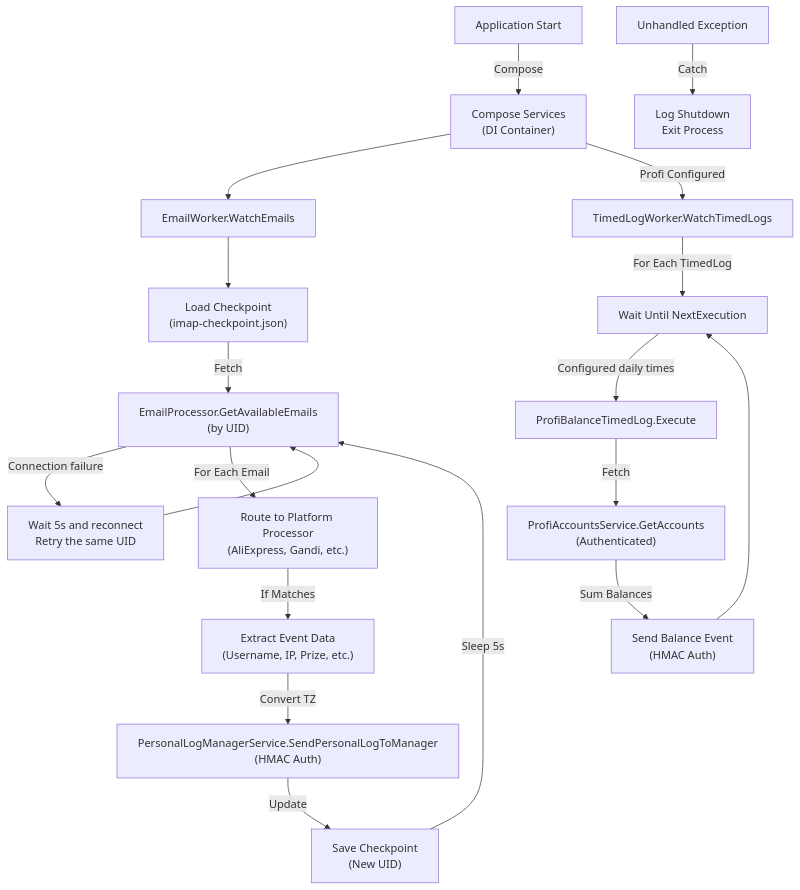
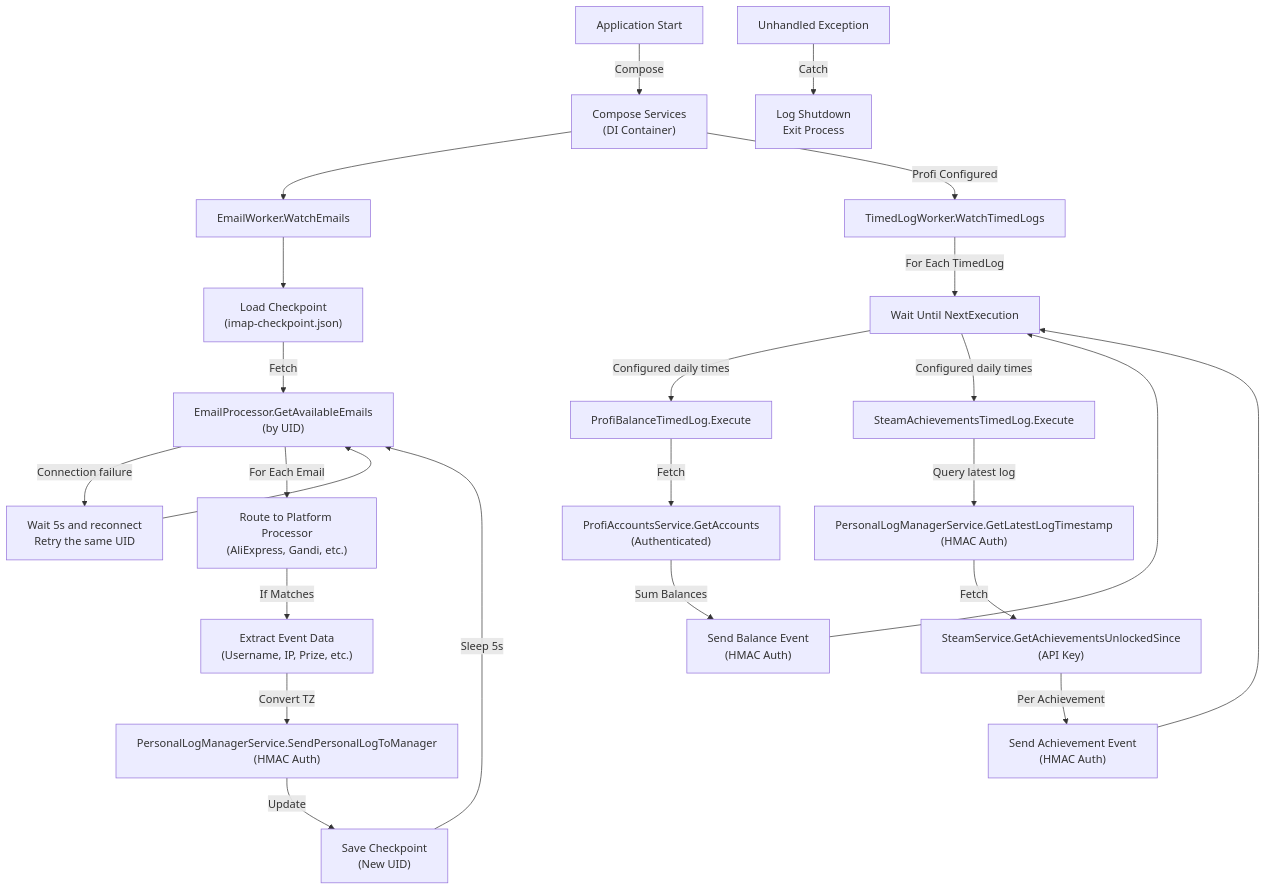
One commit to hmlendea/personal-data-logger changed the third of 5 diagrams in ARCHITECTURE.md. Above: the diagram before and after it, drawn with Mermaid. The commit also changed other lines of this file and 35 other files, not shown here.

Commit message:
steam: Implemented Steam Achievements logging

````diff
--- a/ARCHITECTURE.md
+++ b/ARCHITECTURE.md
@@ -82,23 +89,29 @@
 ```mermaid
 graph TD
     Start["Application Start"] -->|Compose| Compose["Compose Services<br/>(DI Container)"]
     Compose --> Email["EmailWorker.WatchEmails"]
     Compose -->|Profi Configured| Timed["TimedLogWorker.WatchTimedLogs"]
     Email --> CheckCP["Load Checkpoint<br/>(imap-checkpoint.json)"]
     CheckCP -->|Fetch| IMAPFetch["EmailProcessor.GetAvailableEmails<br/>(by UID)"]
     IMAPFetch -->|Connection failure| Reconnect["Wait 5s and reconnect<br/>Retry the same UID"]
     Reconnect --> IMAPFetch
     IMAPFetch -->|For Each Email| Extract["Route to Platform Processor<br/>(AliExpress, Gandi, etc.)"]
     Extract -->|If Matches| ParseEvent["Extract Event Data<br/>(Username, IP, Prize, etc.)"]
     ParseEvent -->|Convert TZ| SendAPI["PersonalLogManagerService.SendPersonalLogToManager<br/>(HMAC Auth)"]
     SendAPI -->|Update| SaveCP["Save Checkpoint<br/>(New UID)"]
     SaveCP -->|Sleep 5s| IMAPFetch
 
     Timed -->|For Each TimedLog| Wait["Wait Until NextExecution"]
     Wait -->|Configured daily times| ProfiLog["ProfiBalanceTimedLog.Execute"]
     ProfiLog -->|Fetch| ProfiAPI["ProfiAccountsService.GetAccounts<br/>(Authenticated)"]
     ProfiAPI -->|Sum Balances| SendBalance["Send Balance Event<br/>(HMAC Auth)"]
     SendBalance --> Wait
 
+    Wait -->|Configured daily times| SteamLog["SteamAchievementsTimedLog.Execute"]
+    SteamLog -->|Query latest log| PLMLogs["PersonalLogManagerService.GetLatestLogTimestamp<br/>(HMAC Auth)"]
+    PLMLogs -->|Fetch| SteamAPI["SteamService.GetAchievementsUnlockedSince<br/>(API Key)"]
+    SteamAPI -->|Per Achievement| SendAchievement["Send Achievement Event<br/>(HMAC Auth)"]
+    SendAchievement --> Wait
+
     Err["Unhandled Exception"] -->|Catch| Shutdown["Log Shutdown<br/>Exit Process"]
 ```
````
